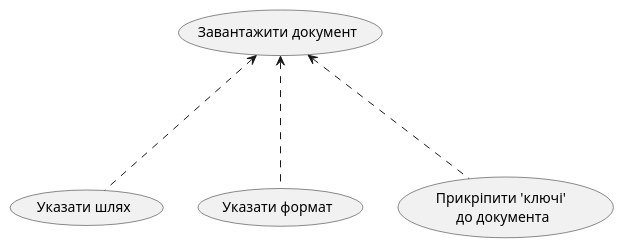
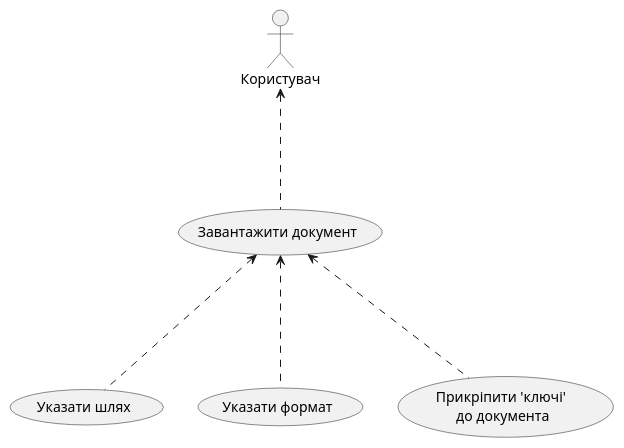
The diagram in Project/doc/useCaseDiagrams/plantUml/downloadDocument.puml (Ananasik-bet/occured-FICT), drawn with PlantUML before and after one commit.

```diff
--- a/Project/doc/useCaseDiagrams/plantUml/downloadDocument.puml
+++ b/Project/doc/useCaseDiagrams/plantUml/downloadDocument.puml
@@ -1,9 +1,13 @@
 @startuml
+
+:Користувач: as user
+
+user<...(Завантажити документ)
 
 (Завантажити документ)<...(Указати шлях)
 
 (Завантажити документ)<...(Указати формат)
 
 (Завантажити документ)<...(Прикріпити 'ключі' \nдо документа)
 
 @endum
```
